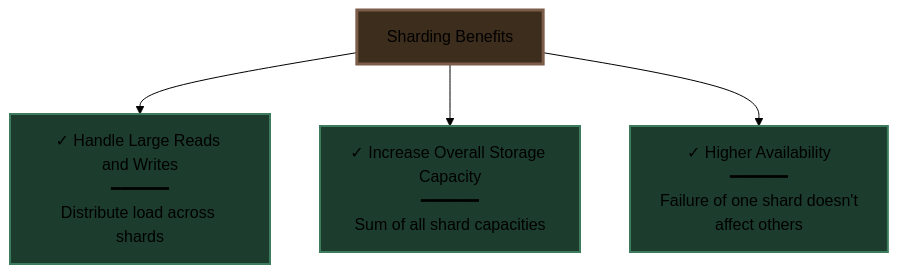
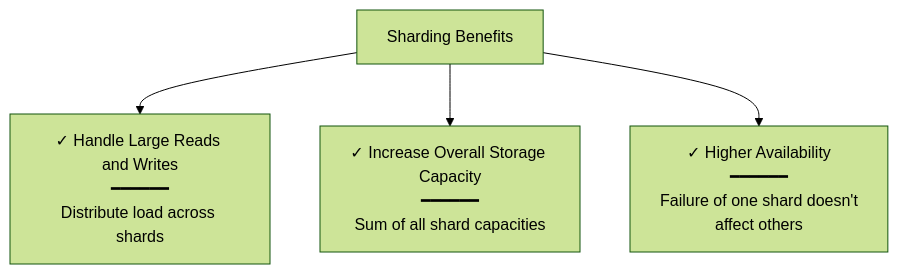
Before and after one commit to Yash-Kavaiya/The-System-Design-Masterclass: diagram 15 of 21 in system design beginner/8. Sharding and Partitioning.md, drawn with Mermaid (forest theme). The commit also changed other lines of this file, not shown here.

````diff
--- a/system design beginner/8. Sharding and Partitioning.md
+++ b/system design beginner/8. Sharding and Partitioning.md
@@ -411,15 +353,11 @@
 ```mermaid
 graph TB
     SHARD[Sharding Benefits]
     
     SHARD --> ADV1[✓ Handle Large Reads and Writes<br/>━━━━━━<br/>Distribute load across shards]
     
     SHARD --> ADV2[✓ Increase Overall Storage Capacity<br/>━━━━━━<br/>Sum of all shard capacities]
     
     SHARD --> ADV3[✓ Higher Availability<br/>━━━━━━<br/>Failure of one shard doesn't<br/>affect others]
     
-    style SHARD fill:#3d2d1c,stroke:#7c5d4a,stroke-width:3px
-    style ADV1 fill:#1c3d2d,stroke:#3c7c5c,stroke-width:2px
-    style ADV2 fill:#1c3d2d,stroke:#3c7c5c,stroke-width:2px
-    style ADV3 fill:#1c3d2d,stroke:#3c7c5c,stroke-width:2px
 ```
````
